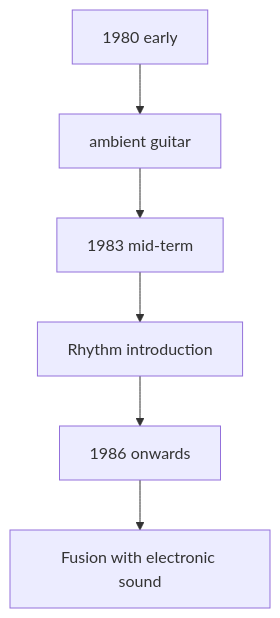
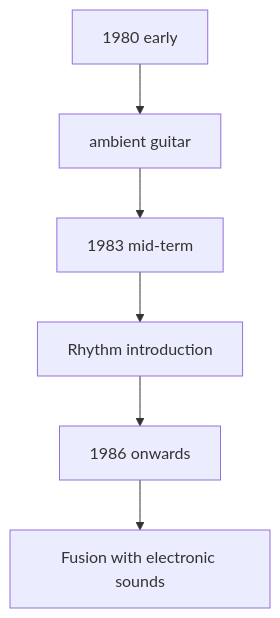
Before and after one commit to monumental-movement/monumental-movement.github.io: the second of 4 diagrams in en/_posts/2026-05-07-column-the-durutti-column.md, drawn with Mermaid. The commit also changed other lines of this file and 423 other files, not shown here.

```diff
--- a/en/_posts/2026-05-07-column-the-durutti-column.md
+++ b/en/_posts/2026-05-07-column-the-durutti-column.md
@@ -98,8 +98,8 @@
 <div class="mermaid">
 graph TD
 A[1980 early] --> B[ambient guitar]
 B --> C[1983 mid-term]
 C --> D[Rhythm introduction]
 D --> E[1986 onwards]
-E --> F[Fusion with electronic sound]
+E --> F[Fusion with electronic sounds]
 </div>
```
